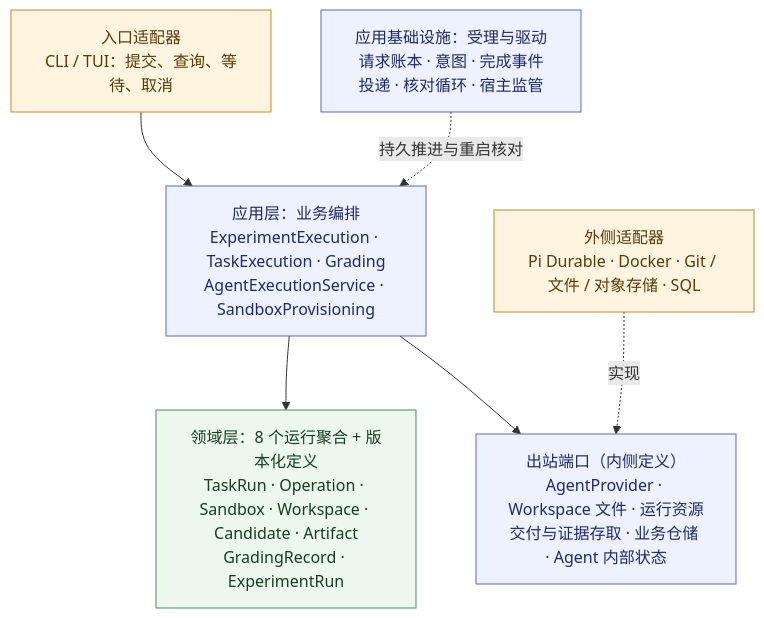
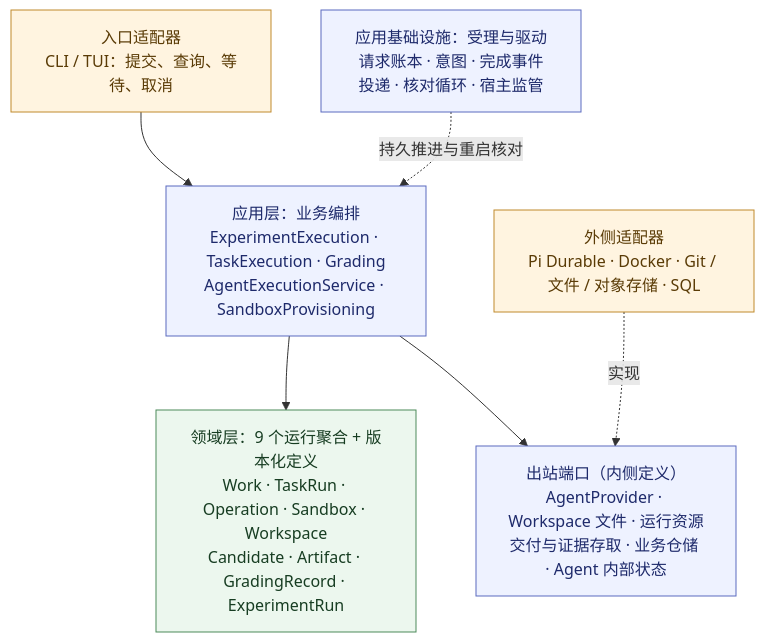
One commit to MaybeLL/Ground changed the diagram in docs/assets/model-layers.mmd. Above: the diagram before and after it, drawn with Mermaid. The commit also changed 11 other files, not shown here.

```diff
--- a/docs/assets/model-layers.mmd
+++ b/docs/assets/model-layers.mmd
@@ -1,12 +1,12 @@
 flowchart TB
   IN["入口适配器<br/>CLI / TUI：提交、查询、等待、取消"] --> APP["应用层：业务编排<br/>ExperimentExecution · TaskExecution · Grading<br/>AgentExecutionService · SandboxProvisioning"]
-  APP --> DOM["领域层：8 个运行聚合 + 版本化定义<br/>TaskRun · Operation · Sandbox · Workspace · Candidate · Artifact<br/>GradingRecord · ExperimentRun"]
+  APP --> DOM["领域层：9 个运行聚合 + 版本化定义<br/>Work · TaskRun · Operation · Sandbox · Workspace<br/>Candidate · Artifact · GradingRecord · ExperimentRun"]
   APP --> PORT["出站端口（内侧定义）<br/>AgentProvider · Workspace 文件 · 运行资源<br/>交付与证据存取 · 业务仓储 · Agent 内部状态"]
   ADP["外侧适配器<br/>Pi Durable · Docker · Git / 文件 / 对象存储 · SQL"] -.->|实现| PORT
   DRV["应用基础设施：受理与驱动<br/>请求账本 · 意图 · 完成事件投递 · 核对循环 · 宿主监管"] -.->|持久推进与重启核对| APP
   classDef a fill:#eef2ff,stroke:#5b6abf,color:#1e2a6b;
   classDef d fill:#ecf7ee,stroke:#4c8a5a,color:#173d22;
   classDef o fill:#fff4e0,stroke:#c08a2d,color:#5a3b06;
   class IN,ADP o;
   class APP,DRV,PORT a;
   class DOM d;
```
